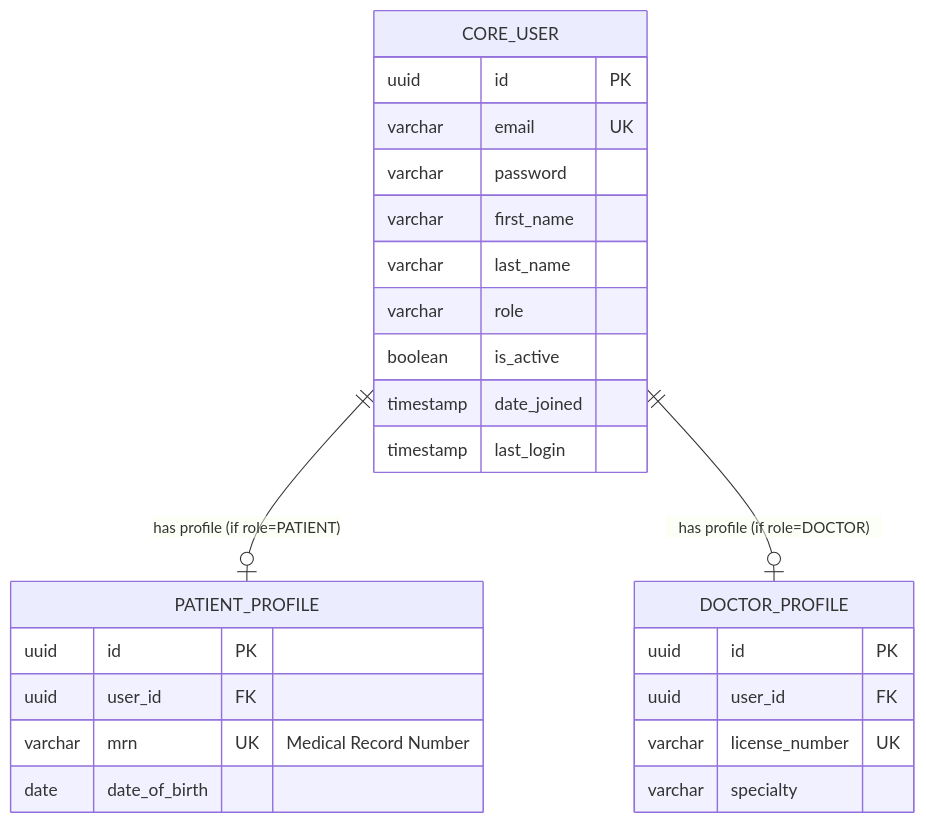
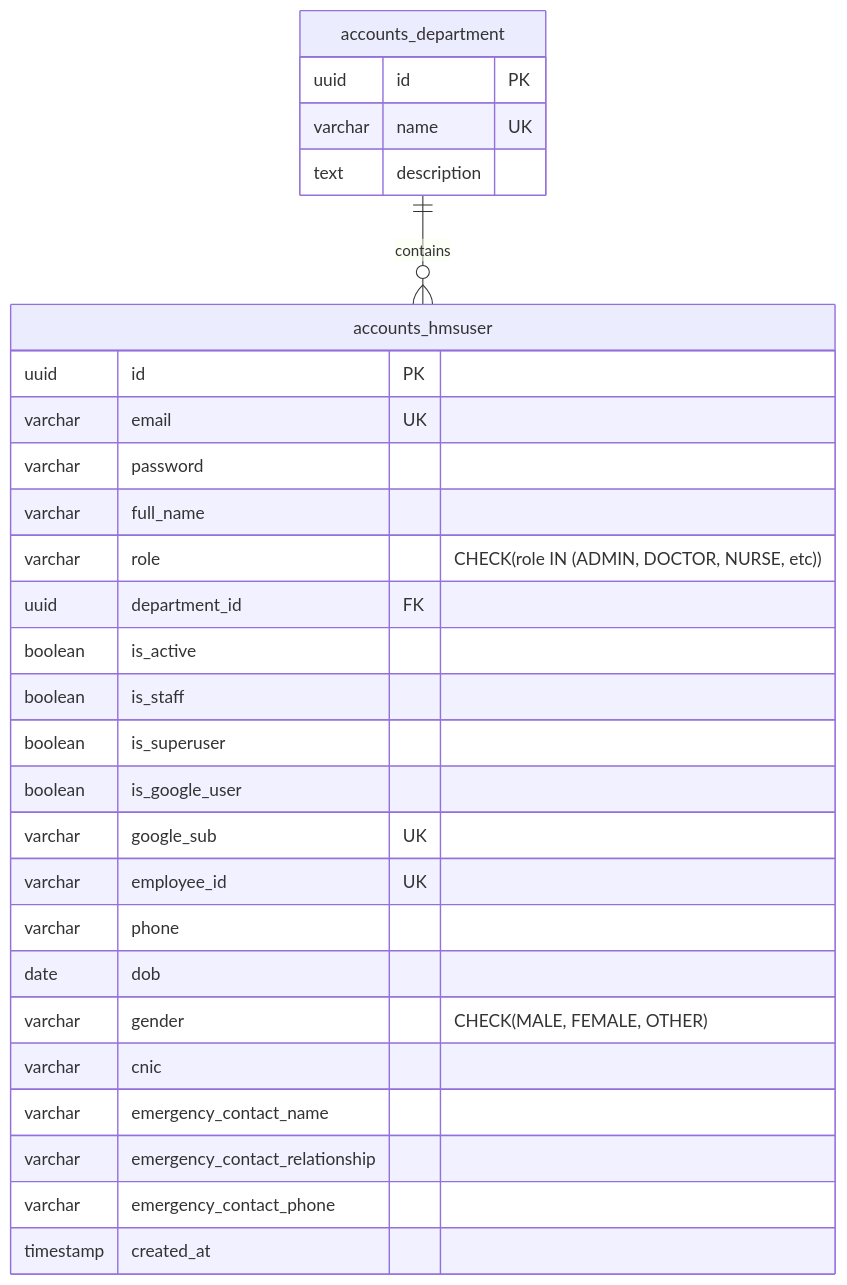
The diagram in docs/05-database-design.md (rashidkhan4067/AI-HMS), drawn with Mermaid before and after one commit. The commit also changed other lines of this file and 118 other files, not shown here.

````diff
--- a/docs/05-database-design.md
+++ b/docs/05-database-design.md
@@ -34,32 +88,33 @@
 ```mermaid
 erDiagram
-    CORE_USER {
+    accounts_department {
+        uuid id PK
+        varchar name UK
+        text description
+    }
+
+    accounts_hmsuser {
         uuid id PK
         varchar email UK
         varchar password
-        varchar first_name
-        varchar last_name
-        varchar role
+        varchar full_name
+        varchar role "CHECK(role IN (ADMIN, DOCTOR, NURSE, etc))"
+        uuid department_id FK
         boolean is_active
-        timestamp date_joined
-        timestamp last_login
+        boolean is_staff
+        boolean is_superuser
+        boolean is_google_user
+        varchar google_sub UK
+        varchar employee_id UK
+        varchar phone
+        date dob
+        varchar gender "CHECK(MALE, FEMALE, OTHER)"
+        varchar cnic
+        varchar emergency_contact_name
+        varchar emergency_contact_relationship
+        varchar emergency_contact_phone
+        timestamp created_at
     }
 
-    %% Future Milestone Relationships Drafted for Context
-    PATIENT_PROFILE {
-        uuid id PK
-        uuid user_id FK
-        varchar mrn UK "Medical Record Number"
-        date date_of_birth
-    }
-    
-    DOCTOR_PROFILE {
-        uuid id PK
-        uuid user_id FK
-        varchar license_number UK
-        varchar specialty
-    }
-
-    CORE_USER ||--o| PATIENT_PROFILE : "has profile (if role=PATIENT)"
-    CORE_USER ||--o| DOCTOR_PROFILE : "has profile (if role=DOCTOR)"
+    accounts_department ||--o{ accounts_hmsuser : "contains"
 ```
````
